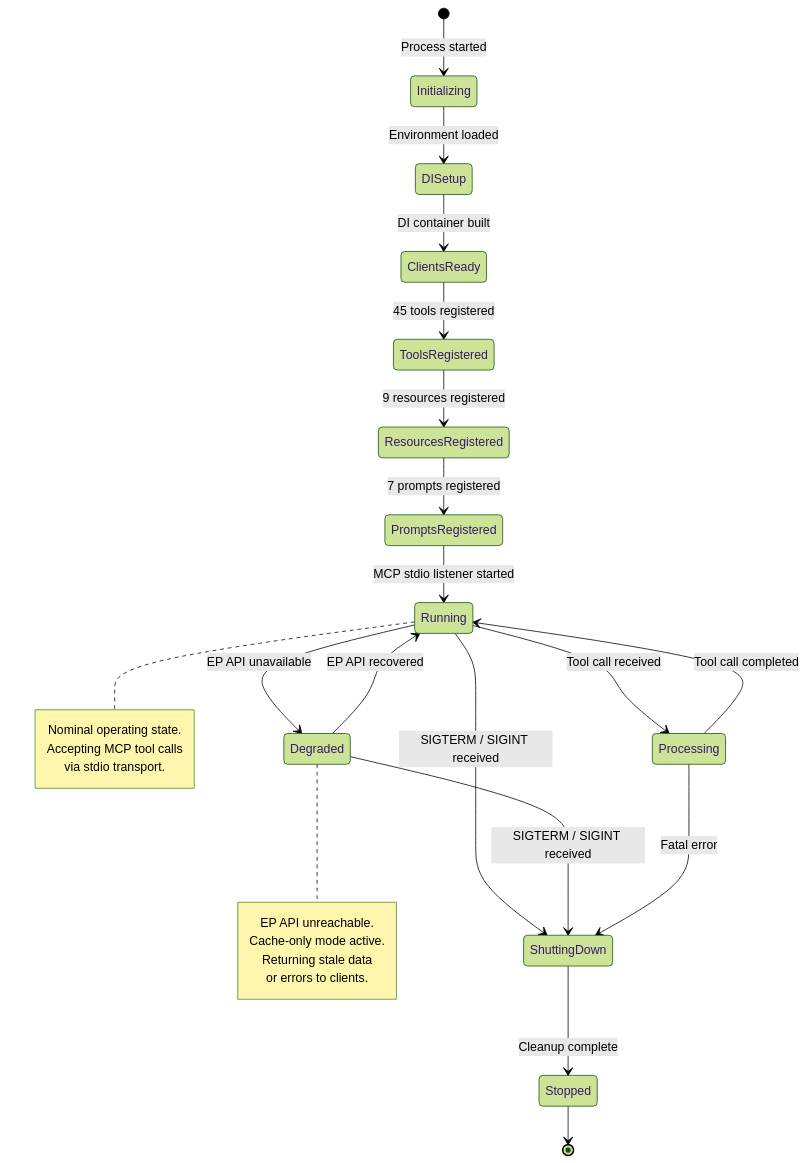
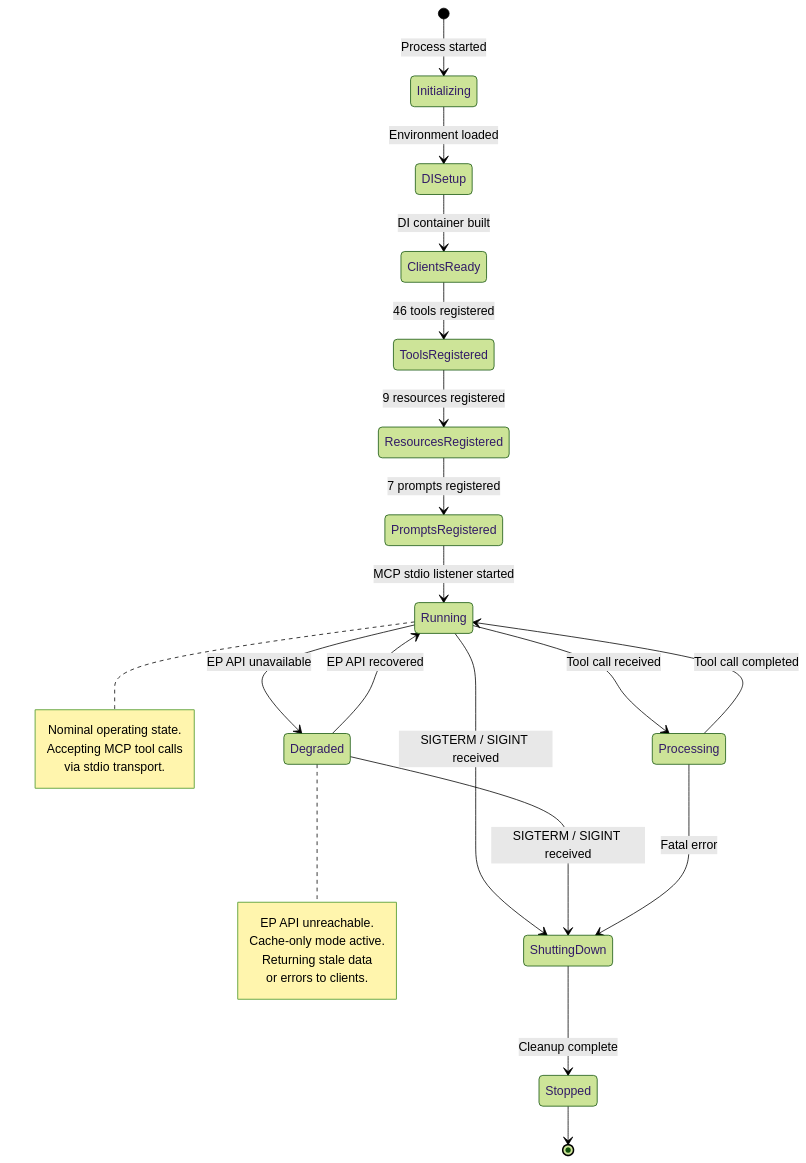
The first of 6 diagrams in STATEDIAGRAM.md (Hack23/European-Parliament-MCP-Server), drawn with Mermaid (forest theme) before and after one commit. The commit also changed other lines of this file and 36 other files, not shown here.

````diff
--- a/STATEDIAGRAM.md
+++ b/STATEDIAGRAM.md
@@ -54,37 +54,37 @@
 ```mermaid
 stateDiagram-v2
     [*] --> Initializing : Process started
 
     Initializing --> DISetup : Environment loaded
     DISetup --> ClientsReady : DI container built
-    ClientsReady --> ToolsRegistered : 45 tools registered
+    ClientsReady --> ToolsRegistered : 46 tools registered
     ToolsRegistered --> ResourcesRegistered : 9 resources registered
     ResourcesRegistered --> PromptsRegistered : 7 prompts registered
     PromptsRegistered --> Running : MCP stdio listener started
 
     Running --> Processing : Tool call received
     Processing --> Running : Tool call completed
 
     Running --> Degraded : EP API unavailable
     Degraded --> Running : EP API recovered
 
     Running --> ShuttingDown : SIGTERM / SIGINT received
     Degraded --> ShuttingDown : SIGTERM / SIGINT received
     Processing --> ShuttingDown : Fatal error
 
     ShuttingDown --> Stopped : Cleanup complete
     Stopped --> [*]
 
     note right of Running
         Nominal operating state.
         Accepting MCP tool calls
         via stdio transport.
     end note
 
     note right of Degraded
         EP API unreachable.
         Cache-only mode active.
         Returning stale data
         or errors to clients.
     end note
 ```
````
